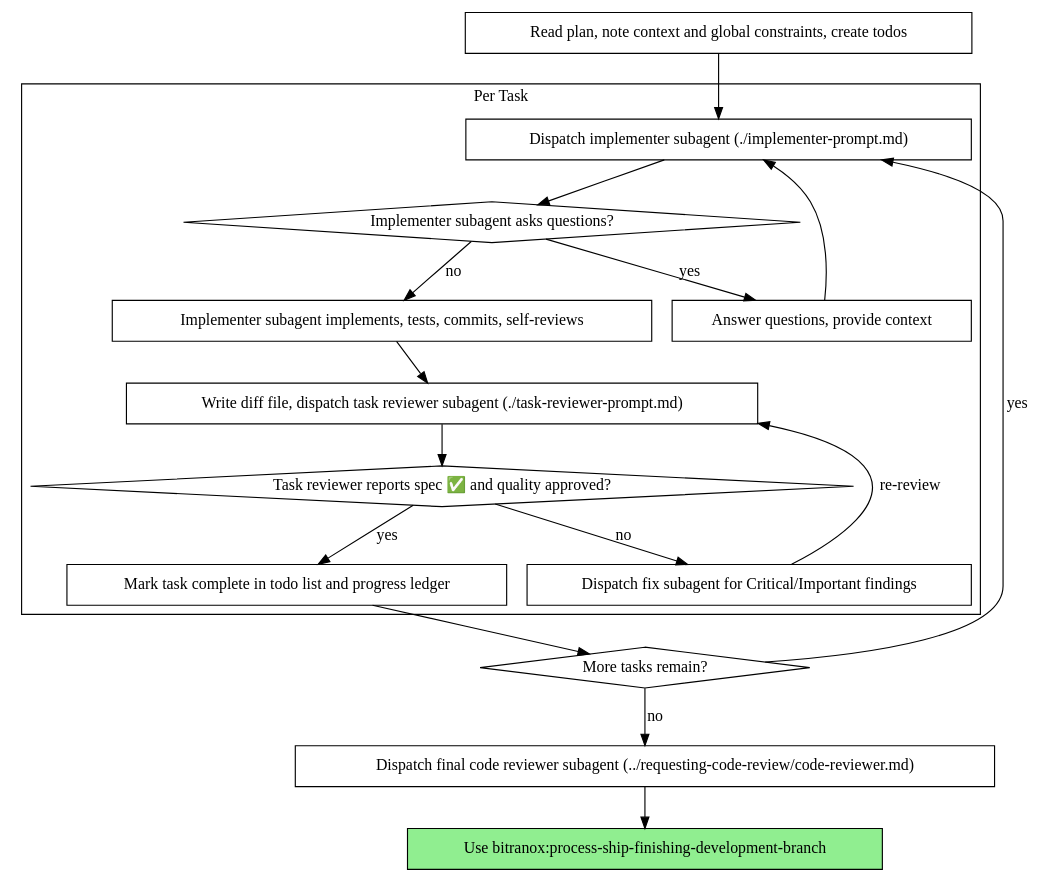
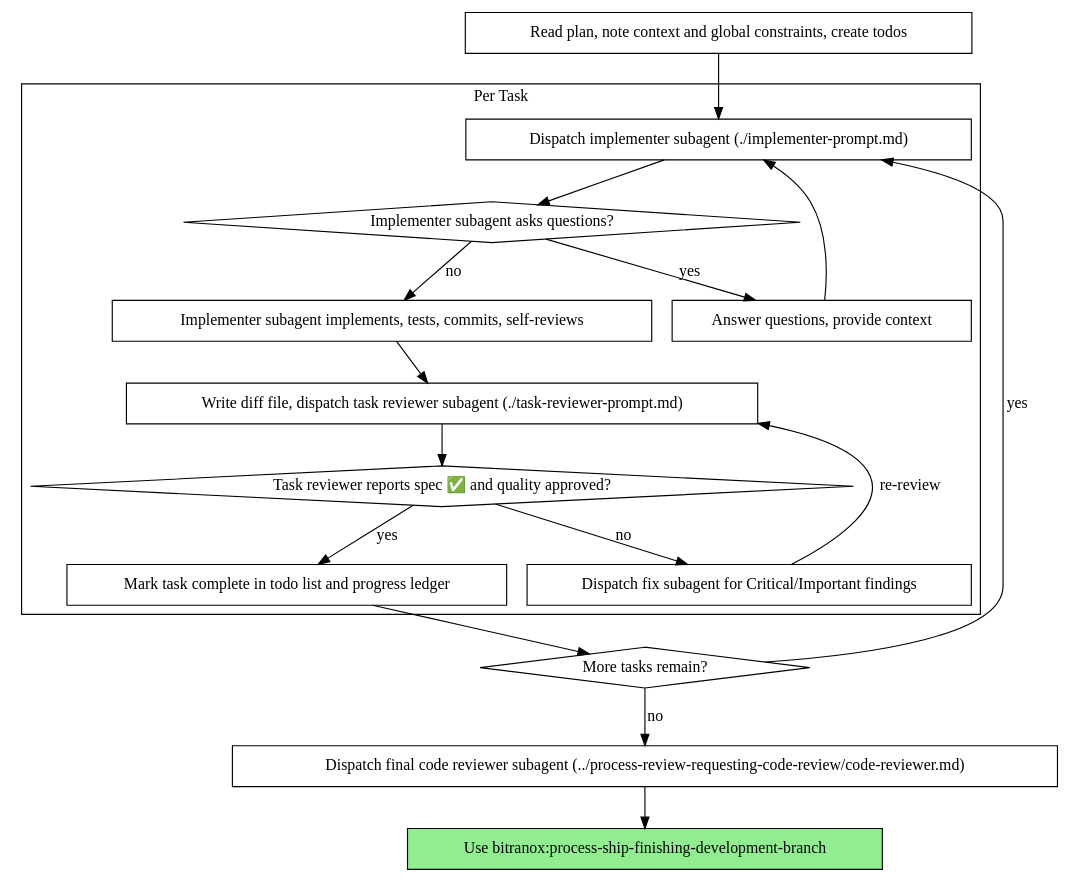
The second of 2 diagrams in plugins/bitranox/skills/process-agents-subagent-driven-development/SKILL.md (bitranox/bitranox-skills), drawn with Graphviz before and after one commit. The commit also changed other lines of this file and 37 other files, not shown here.

````diff
--- a/plugins/bitranox/skills/process-agents-subagent-driven-development/SKILL.md
+++ b/plugins/bitranox/skills/process-agents-subagent-driven-development/SKILL.md
@@ -51,37 +51,37 @@
 ```dot
 digraph process {
     rankdir=TB;
 
     subgraph cluster_per_task {
         label="Per Task";
         "Dispatch implementer subagent (./implementer-prompt.md)" [shape=box];
         "Implementer subagent asks questions?" [shape=diamond];
         "Answer questions, provide context" [shape=box];
         "Implementer subagent implements, tests, commits, self-reviews" [shape=box];
         "Write diff file, dispatch task reviewer subagent (./task-reviewer-prompt.md)" [shape=box];
         "Task reviewer reports spec ✅ and quality approved?" [shape=diamond];
         "Dispatch fix subagent for Critical/Important findings" [shape=box];
         "Mark task complete in todo list and progress ledger" [shape=box];
     }
 
     "Read plan, note context and global constraints, create todos" [shape=box];
     "More tasks remain?" [shape=diamond];
-    "Dispatch final code reviewer subagent (../requesting-code-review/code-reviewer.md)" [shape=box];
+    "Dispatch final code reviewer subagent (../process-review-requesting-code-review/code-reviewer.md)" [shape=box];
     "Use bitranox:process-ship-finishing-development-branch" [shape=box style=filled fillcolor=lightgreen];
 
     "Read plan, note context and global constraints, create todos" -> "Dispatch implementer subagent (./implementer-prompt.md)";
     "Dispatch implementer subagent (./implementer-prompt.md)" -> "Implementer subagent asks questions?";
     "Implementer subagent asks questions?" -> "Answer questions, provide context" [label="yes"];
     "Answer questions, provide context" -> "Dispatch implementer subagent (./implementer-prompt.md)";
     "Implementer subagent asks questions?" -> "Implementer subagent implements, tests, commits, self-reviews" [label="no"];
     "Implementer subagent implements, tests, commits, self-reviews" -> "Write diff file, dispatch task reviewer subagent (./task-reviewer-prompt.md)";
     "Write diff file, dispatch task reviewer subagent (./task-reviewer-prompt.md)" -> "Task reviewer reports spec ✅ and quality approved?";
     "Task reviewer reports spec ✅ and quality approved?" -> "Dispatch fix subagent for Critical/Important findings" [label="no"];
     "Dispatch fix subagent for Critical/Important findings" -> "Write diff file, dispatch task reviewer subagent (./task-reviewer-prompt.md)" [label="re-review"];
     "Task reviewer reports spec ✅ and quality approved?" -> "Mark task complete in todo list and progress ledger" [label="yes"];
     "Mark task complete in todo list and progress ledger" -> "More tasks remain?";
     "More tasks remain?" -> "Dispatch implementer subagent (./implementer-prompt.md)" [label="yes"];
-    "More tasks remain?" -> "Dispatch final code reviewer subagent (../requesting-code-review/code-reviewer.md)" [label="no"];
-    "Dispatch final code reviewer subagent (../requesting-code-review/code-reviewer.md)" -> "Use bitranox:process-ship-finishing-development-branch";
+    "More tasks remain?" -> "Dispatch final code reviewer subagent (../process-review-requesting-code-review/code-reviewer.md)" [label="no"];
+    "Dispatch final code reviewer subagent (../process-review-requesting-code-review/code-reviewer.md)" -> "Use bitranox:process-ship-finishing-development-branch";
 }
 ```
````
